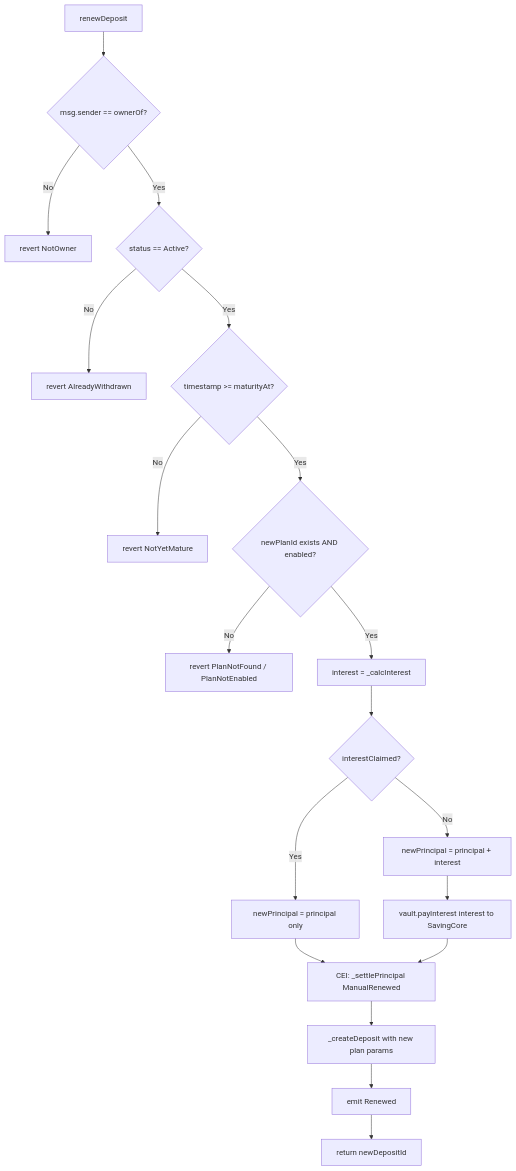
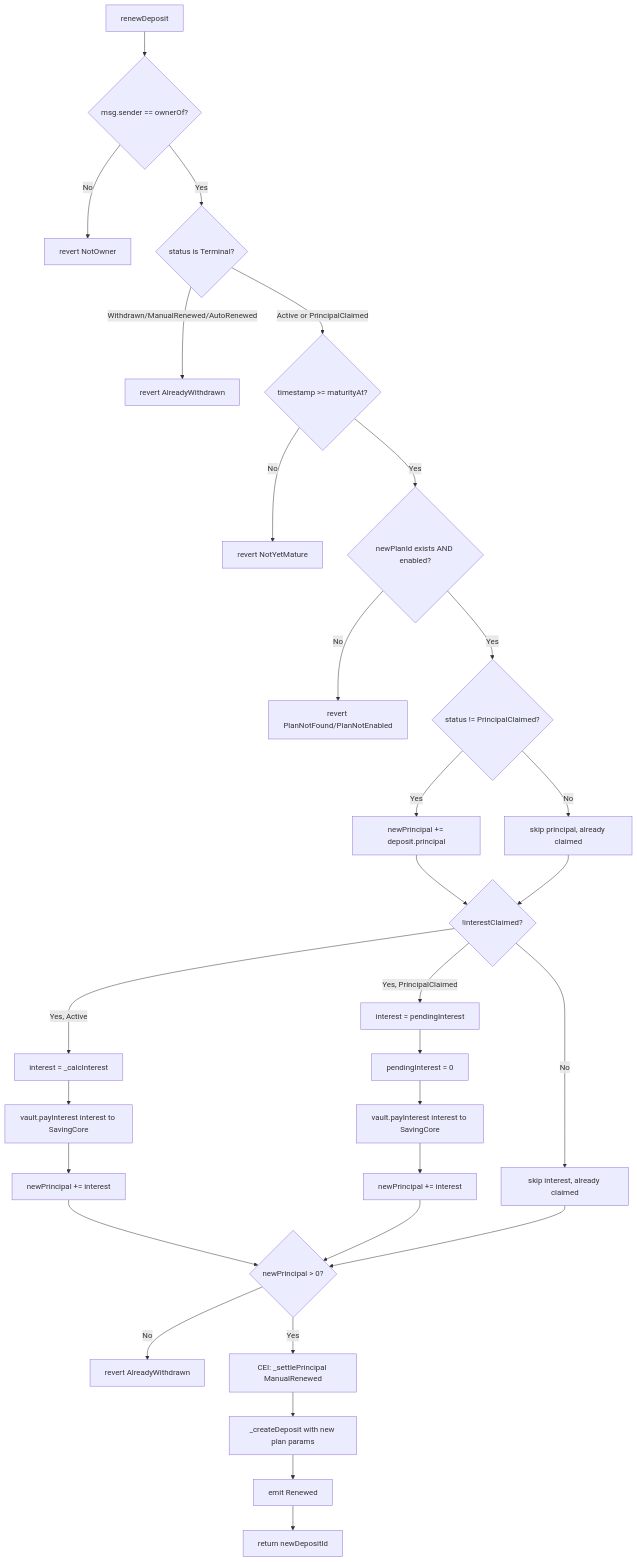
Before and after one commit to yang-sin-pal/AC_BlockChain_Online_Saving: the sixth of 8 diagrams in docs/Reports/bugs/state-machine-status.md, drawn with Mermaid. The commit also changed other lines of this file and 7 other files, not shown here.

First line of the commit message:
feat: enhance SavingCore tests for auto-renew and claim functionalities

````diff
--- a/docs/Reports/bugs/state-machine-status.md
+++ b/docs/Reports/bugs/state-machine-status.md
@@ -283,23 +259,35 @@
 ```mermaid
 flowchart TD
     A[renewDeposit] --> B{msg.sender == ownerOf?}
     B -- No --> R1[revert NotOwner]
-    B -- Yes --> C{status == Active?}
-    C -- No --> R2[revert AlreadyWithdrawn]
-    C -- Yes --> D{timestamp >= maturityAt?}
+    B -- Yes --> C{status is Terminal?}
+    C -- "Withdrawn/ManualRenewed/AutoRenewed" --> R2[revert AlreadyWithdrawn]
+    C -- "Active or PrincipalClaimed" --> D{timestamp >= maturityAt?}
     D -- No --> R3[revert NotYetMature]
     D -- Yes --> E{newPlanId exists AND enabled?}
-    E -- No --> R4[revert PlanNotFound / PlanNotEnabled]
-    E -- Yes --> F[interest = _calcInterest]
+    E -- No --> R4[revert PlanNotFound/PlanNotEnabled]
+    E -- Yes --> F{status != PrincipalClaimed?}
 
-    F --> G{interestClaimed?}
-    G -- Yes --> H[newPrincipal = principal only]
-    G -- No --> I[newPrincipal = principal + interest]
-    I --> J[vault.payInterest interest to SavingCore]
+    F -- Yes --> G[newPrincipal += deposit.principal]
+    F -- No --> H[skip principal, already claimed]
 
-    H --> K[CEI: _settlePrincipal ManualRenewed]
-    J --> K
-    K --> L[_createDeposit with new plan params]
-    L --> M[emit Renewed]
-    M --> N[return newDepositId]
+    G --> I{!interestClaimed?}
+    H --> I
+    I -- Yes, Active --> J[interest = _calcInterest]
+    J --> K[vault.payInterest interest to SavingCore]
+    K --> L[newPrincipal += interest]
+    I -- Yes, PrincipalClaimed --> M[interest = pendingInterest]
+    M --> N[pendingInterest = 0]
+    N --> O[vault.payInterest interest to SavingCore]
+    O --> P[newPrincipal += interest]
+    I -- No --> Q[skip interest, already claimed]
+
+    L --> R{newPrincipal > 0?}
+    P --> R
+    Q --> R
+    R -- No --> R5[revert AlreadyWithdrawn]
+    R -- Yes --> S[CEI: _settlePrincipal ManualRenewed]
+    S --> T[_createDeposit with new plan params]
+    T --> U[emit Renewed]
+    U --> V[return newDepositId]
 ```
````
